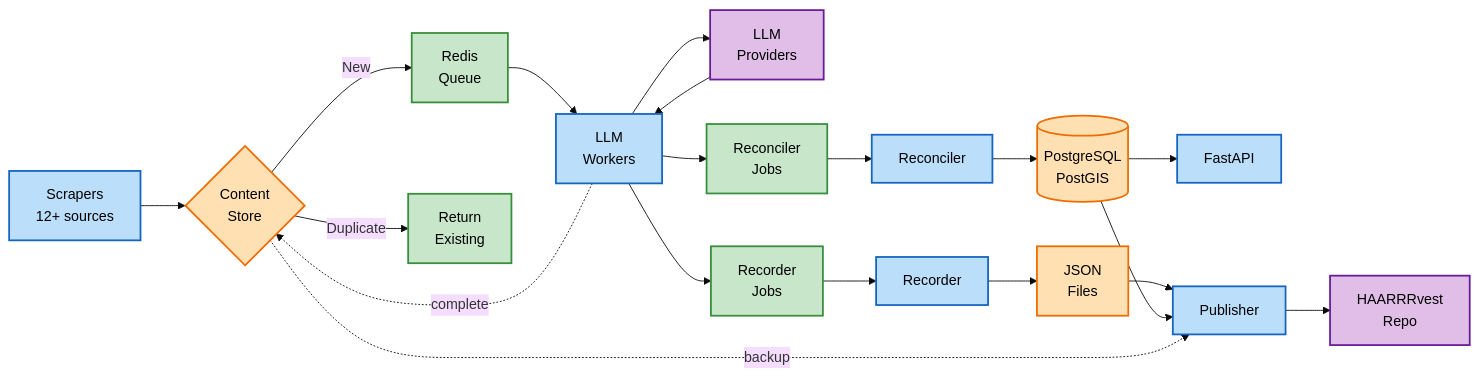
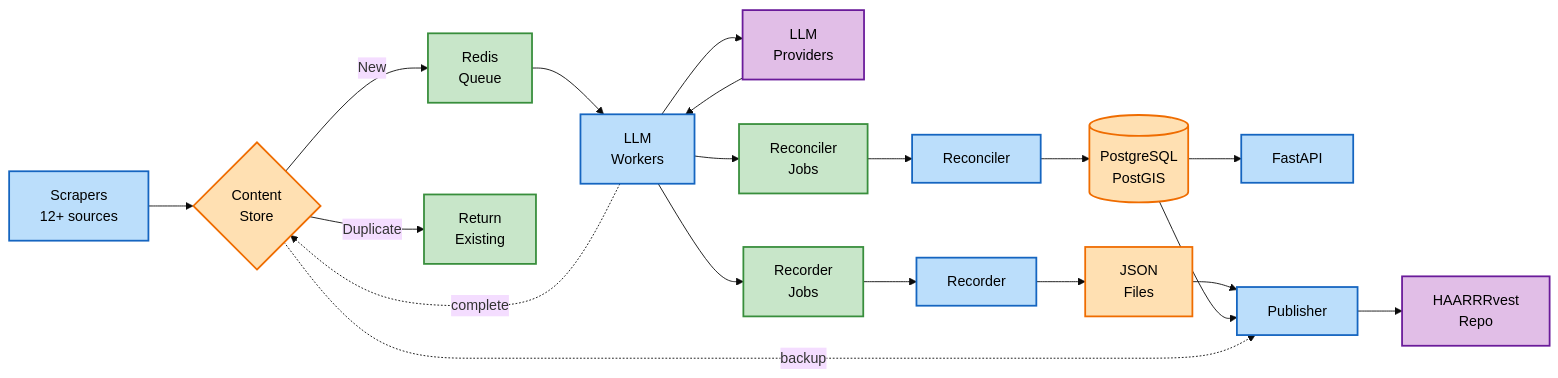
Before and after one commit to For-The-Greater-Good/pantry-pirate-radio: the diagram in README.md, drawn with Mermaid (base theme).

Commit message:
update readme diagram

````diff
--- a/README.md
+++ b/README.md
@@ -118,47 +118,47 @@
 ```mermaid
 flowchart LR
     %% Input
-    A[Scrapers<br/>12+ sources] --> B{Content<br/>Store}
+    A["&nbsp;Scrapers&nbsp;<br/>&nbsp;12+ sources&nbsp;"] --> B{"&nbsp;Content&nbsp;<br/>&nbsp;Store&nbsp;"}
     
     %% Deduplication
-    B -->|New| C[Redis<br/>Queue]
-    B -->|Duplicate| D[Return<br/>Existing]
+    B -->|New| C["&nbsp;Redis&nbsp;<br/>&nbsp;Queue&nbsp;"]
+    B -->|Duplicate| D["&nbsp;&nbsp;Return&nbsp;&nbsp;<br/>&nbsp;Existing&nbsp;"]
     
     %% Processing
-    C --> E[LLM<br/>Workers]
-    E --> F[LLM<br/>Providers]
+    C --> E["&nbsp;&nbsp;LLM&nbsp;&nbsp;<br/>&nbsp;Workers&nbsp;"]
+    E --> F["&nbsp;&nbsp;LLM&nbsp;&nbsp;<br/>&nbsp;Providers&nbsp;"]
     F --> E
     
     %% Job Creation
-    E --> G[Reconciler<br/>Jobs]
-    E --> H[Recorder<br/>Jobs]
+    E --> G["&nbsp;Reconciler&nbsp;<br/>&nbsp;Jobs&nbsp;"]
+    E --> H["&nbsp;Recorder&nbsp;<br/>&nbsp;Jobs&nbsp;"]
     
     %% Services
-    G --> I[Reconciler]
-    H --> J[Recorder]
+    G --> I["&nbsp;Reconciler&nbsp;"]
+    H --> J["&nbsp;Recorder&nbsp;"]
     
     %% Storage
-    I --> K[(PostgreSQL<br/>PostGIS)]
-    J --> L[JSON<br/>Files]
+    I --> K[("&nbsp;PostgreSQL&nbsp;<br/>&nbsp;PostGIS&nbsp;")]
+    J --> L["&nbsp;&nbsp;JSON&nbsp;&nbsp;<br/>&nbsp;Files&nbsp;"]
     
     %% Output
-    K --> M[FastAPI]
-    L --> N[Publisher]
+    K --> M["&nbsp;FastAPI&nbsp;"]
+    L --> N["&nbsp;Publisher&nbsp;"]
     K --> N
-    N --> O[HAARRRvest<br/>Repo]
+    N --> O["&nbsp;HAARRRvest&nbsp;<br/>&nbsp;Repo&nbsp;"]
     
     %% Update tracking
     E -.-> |complete| B
     B -.-> |backup| N
     
     %% Styling
     classDef service fill:#bbdefb,stroke:#1565c0,stroke-width:2px,color:#000
     classDef storage fill:#ffe0b2,stroke:#ef6c00,stroke-width:2px,color:#000
     classDef external fill:#e1bee7,stroke:#6a1b9a,stroke-width:2px,color:#000
     classDef queue fill:#c8e6c9,stroke:#388e3c,stroke-width:2px,color:#000
     
     class A,E,I,J,M,N service
     class B,K,L storage
     class F,O external
     class C,G,H,D queue
 ```
````
